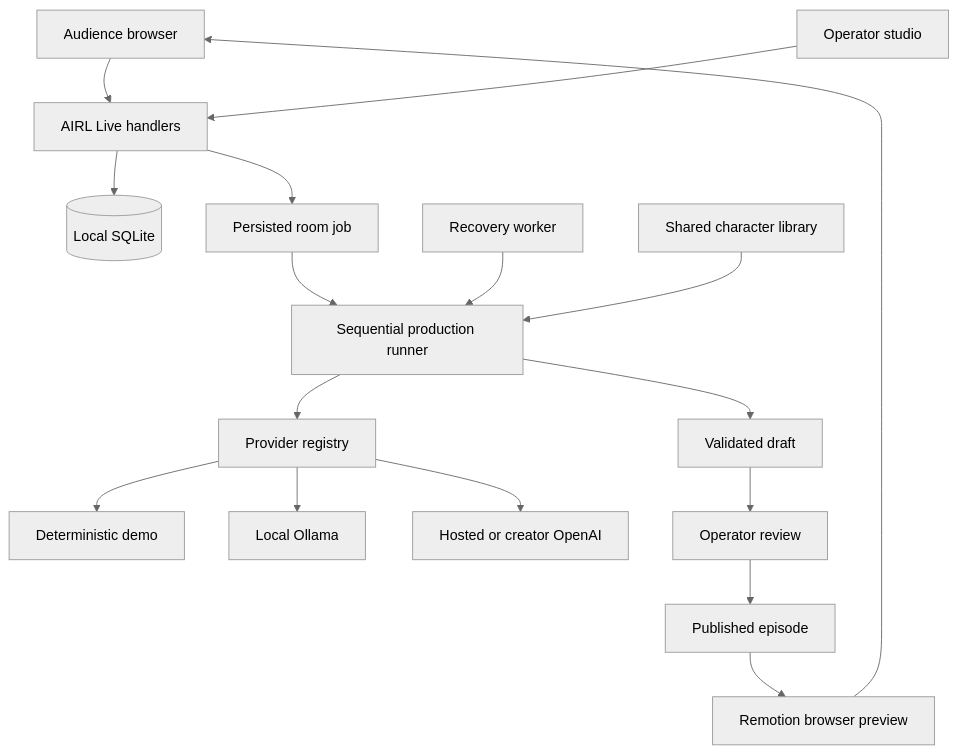
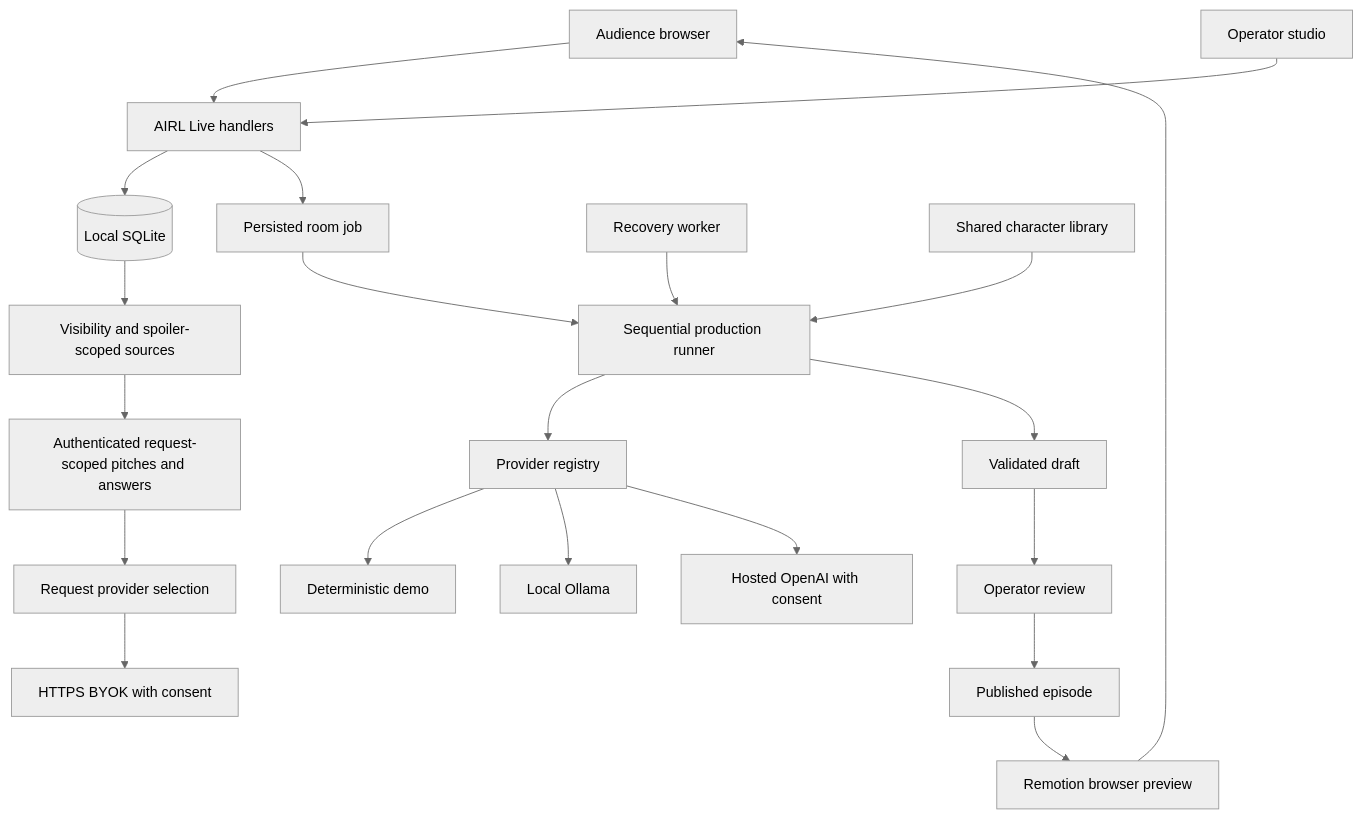
The first of 2 diagrams in ARCHITECTURE_PLAN.md (AJEGRAM-HACK/AIRL), drawn with Mermaid (neutral theme) before and after one commit. The commit also changed other lines of this file and 6 other files, not shown here.

````diff
--- a/ARCHITECTURE_PLAN.md
+++ b/ARCHITECTURE_PLAN.md
@@ -69,19 +73,23 @@
 ```mermaid
 flowchart TD
   Audience[Audience browser] --> Live[AIRL Live handlers]
   Studio[Operator studio] --> Live
   Live --> DB[(Local SQLite)]
   Live --> Queue[Persisted room job]
   Queue --> Runner[Sequential production runner]
   Worker[Recovery worker] --> Runner
   Runner --> Registry[Provider registry]
   Registry --> Demo[Deterministic demo]
   Registry --> Local[Local Ollama]
-  Registry --> OpenAI[Hosted or creator OpenAI]
+  Registry --> OpenAI[Hosted OpenAI with consent]
+  Requests[Authenticated request-scoped pitches and answers] --> RequestRegistry[Request provider selection]
+  RequestRegistry --> BYOK[HTTPS BYOK with consent]
+  DB --> Sources[Visibility and spoiler-scoped sources]
+  Sources --> Requests
   Runner --> Draft[Validated draft]
   Draft --> Review[Operator review]
   Review --> Published[Published episode]
   Published --> Media[Remotion browser preview]
   Media --> Audience
   Persona[Shared character library] --> Runner
 ```
````
